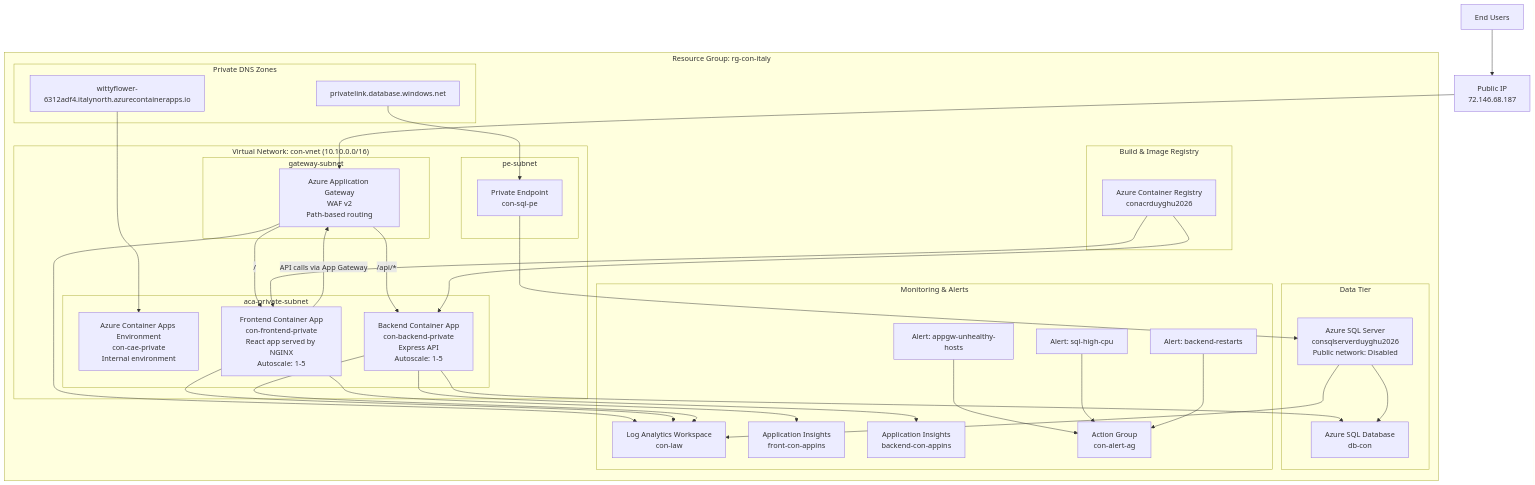
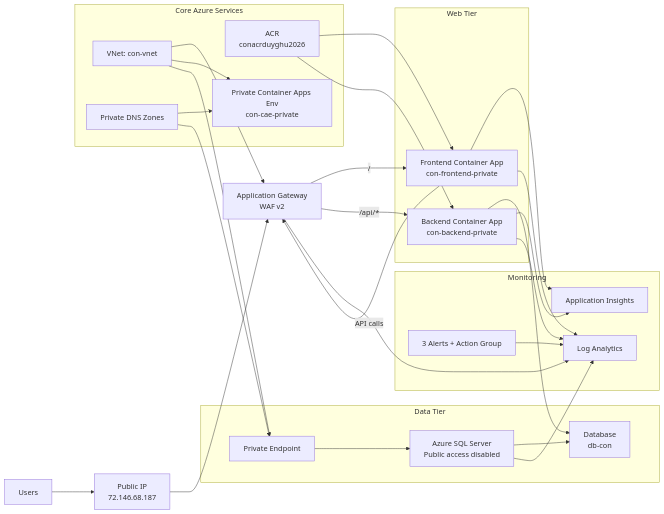
Before and after one commit to duyghu/codex: the diagram in ARCHITECTURE_DIAGRAM.md, drawn with Mermaid. The commit also changed other lines of this file, not shown here.

````diff
--- a/ARCHITECTURE_DIAGRAM.md
+++ b/ARCHITECTURE_DIAGRAM.md
@@ -3,71 +3,54 @@
 ```mermaid
-flowchart TB
-    user["End Users"] --> pip["Public IP<br/>72.146.68.187"]
-    pip --> appgw["Azure Application Gateway<br/>WAF v2<br/>Path-based routing"]
+flowchart LR
+    user["Users"]
+    pip["Public IP<br/>72.146.68.187"]
+    appgw["Application Gateway<br/>WAF v2"]
 
-    subgraph rg["Resource Group: rg-con-italy"]
-        subgraph vnet["Virtual Network: con-vnet (10.10.0.0/16)"]
-            subgraph gwsub["gateway-subnet"]
-                appgw
-            end
-
-            subgraph acapriv["aca-private-subnet"]
-                cae["Azure Container Apps Environment<br/>con-cae-private<br/>Internal environment"]
-                fe["Frontend Container App<br/>con-frontend-private<br/>React app served by NGINX<br/>Autoscale: 1-5"]
-                be["Backend Container App<br/>con-backend-private<br/>Express API<br/>Autoscale: 1-5"]
-            end
-
-            subgraph pesub["pe-subnet"]
-                pe["Private Endpoint<br/>con-sql-pe"]
-            end
-        end
-
-        subgraph dns["Private DNS Zones"]
-            acaDns["wittyflower-6312adf4.italynorth.azurecontainerapps.io"]
-            sqlDns["privatelink.database.windows.net"]
-        end
-
-        subgraph data["Data Tier"]
-            sql["Azure SQL Server<br/>consqlserverduyghu2026<br/>Public network: Disabled"]
-            db["Azure SQL Database<br/>db-con"]
-        end
-
-        subgraph build["Build & Image Registry"]
-            acr["Azure Container Registry<br/>conacrduyghu2026"]
-        end
-
-        subgraph monitor["Monitoring & Alerts"]
-            law["Log Analytics Workspace<br/>con-law"]
-            appinsFe["Application Insights<br/>front-con-appins"]
-            appinsBe["Application Insights<br/>backend-con-appins"]
-            ag["Action Group<br/>con-alert-ag"]
-            alert1["Alert: appgw-unhealthy-hosts"]
-            alert2["Alert: sql-high-cpu"]
-            alert3["Alert: backend-restarts"]
-        end
+    subgraph web["Web Tier"]
+        fe["Frontend Container App<br/>con-frontend-private"]
+        be["Backend Container App<br/>con-backend-private"]
     end
 
+    subgraph data["Data Tier"]
+        sql["Azure SQL Server<br/>Public access disabled"]
+        db["Database<br/>db-con"]
+        pe["Private Endpoint"]
+    end
+
+    subgraph infra["Core Azure Services"]
+        vnet["VNet: con-vnet"]
+        acr["ACR<br/>conacrduyghu2026"]
+        cae["Private Container Apps Env<br/>con-cae-private"]
+        dns["Private DNS Zones"]
+    end
+
+    subgraph obs["Monitoring"]
+        law["Log Analytics"]
+        appins["Application Insights"]
+        alerts["3 Alerts + Action Group"]
+    end
+
+    user --> pip --> appgw
     appgw -->|"/"| fe
     appgw -->|"/api/*"| be
-
-    fe -->|API calls via App Gateway| appgw
+    fe -->|API calls| appgw
     be --> db
     sql --> db
     pe --> sql
-    sqlDns --> pe
-    acaDns --> cae
 
+    vnet --> appgw
+    vnet --> cae
+    vnet --> pe
+    dns --> cae
+    dns --> pe
     acr --> fe
     acr --> be
 
-    fe --> appinsFe
-    be --> appinsBe
     appgw --> law
+    fe --> appins
+    be --> appins
     fe --> law
     be --> law
     sql --> law
-
-    alert1 --> ag
-    alert2 --> ag
-    alert3 --> ag
+    alerts --> law
 ```
````
